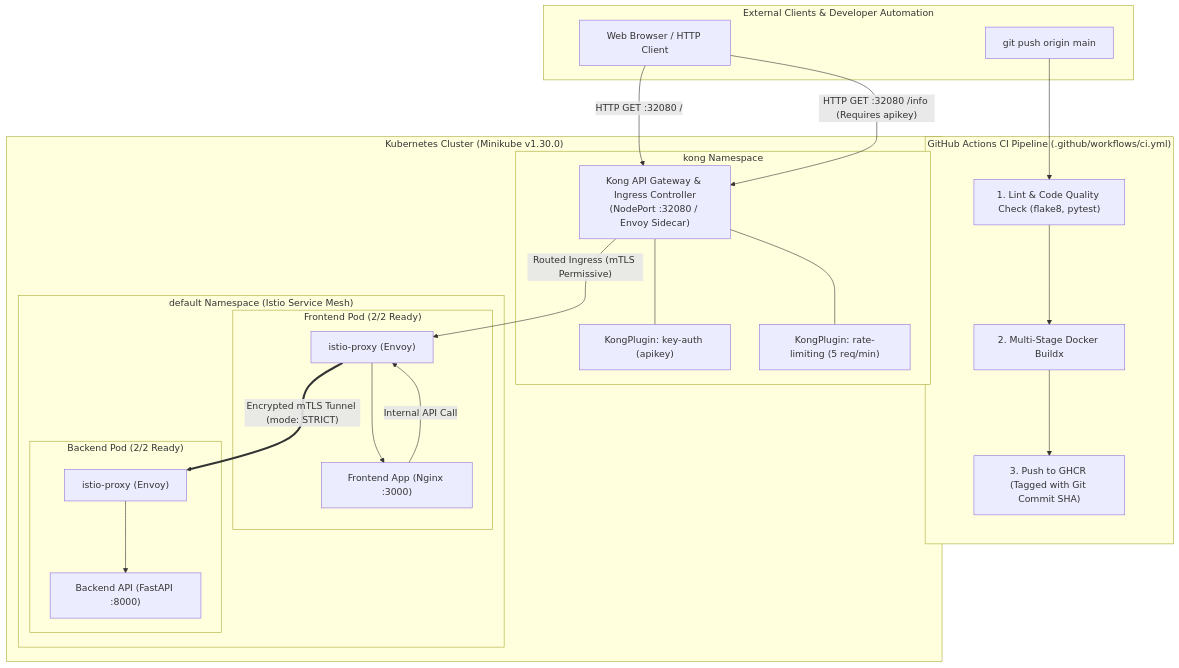
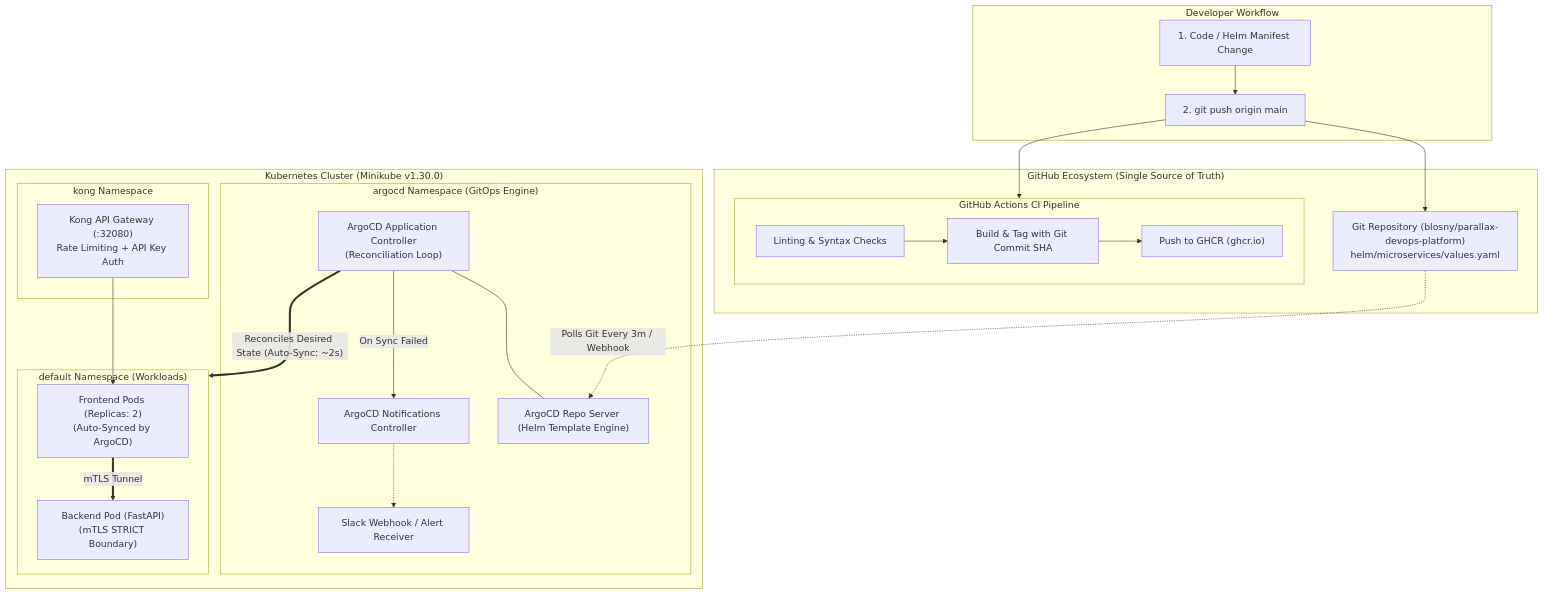
The diagram in README.md (blosny/parallax-devops-platform), drawn with Mermaid before and after one commit. The commit also changed other lines of this file and 3 other files, not shown here.

Commit message:
feat(week-4): implement declarative gitops continuous deployment with argocd and auto-sync

````diff
--- a/README.md
+++ b/README.md
@@ -43,46 +43,47 @@
 ```mermaid
 graph TB
-    subgraph External["External Clients & Developer Automation"]
-        Client["Web Browser / HTTP Client"]
-        GitPush["git push origin main"]
+    subgraph Developer["Developer Workflow"]
+        CodeChange["1. Code / Helm Manifest Change"]
+        GitPush["2. git push origin main"]
+        CodeChange --> GitPush
     end
 
-    subgraph CI["GitHub Actions CI Pipeline (.github/workflows/ci.yml)"]
-        LintTest["1. Lint & Code Quality Check (flake8, pytest)"]
-        DockerBuild["2. Multi-Stage Docker Buildx"]
-        GHCR["3. Push to GHCR (Tagged with Git Commit SHA)"]
-        GitPush --> LintTest --> DockerBuild --> GHCR
+    subgraph GitHub["GitHub Ecosystem (Single Source of Truth)"]
+        Repo["Git Repository (blosny/parallax-devops-platform)<br/>helm/microservices/values.yaml"]
+        subgraph CI["GitHub Actions CI Pipeline"]
+            LintTest["Linting & Syntax Checks"]
+            BuildImg["Build & Tag with Git Commit SHA"]
+            PushGHCR["Push to GHCR (ghcr.io)"]
+            LintTest --> BuildImg --> PushGHCR
+        end
+        GitPush --> Repo
+        GitPush --> CI
     end
 
     subgraph K8s["Kubernetes Cluster (Minikube v1.30.0)"]
-        subgraph KongNS["kong Namespace"]
-            KongProxy["Kong API Gateway & Ingress Controller<br/>(NodePort :32080 / Envoy Sidecar)"]
-            PluginAuth["KongPlugin: key-auth (apikey)"]
-            PluginRate["KongPlugin: rate-limiting (5 req/min)"]
-            KongProxy --- PluginAuth
-            KongProxy --- PluginRate
+        subgraph ArgoCD["argocd Namespace (GitOps Engine)"]
+            AppController["ArgoCD Application Controller<br/>(Reconciliation Loop)"]
+            RepoServer["ArgoCD Repo Server (Helm Template Engine)"]
+            NotifController["ArgoCD Notifications Controller"]
+            SlackAlerts["Slack Webhook / Alert Receiver"]
+
+            AppController --- RepoServer
+            AppController -->|"On Sync Failed"| NotifController
+            NotifController -.-> SlackAlerts
         end
 
-        subgraph DefaultNS["default Namespace (Istio Service Mesh)"]
-            subgraph FEPod["Frontend Pod (2/2 Ready)"]
-                FE_App["Frontend App (Nginx :3000)"]
-                FE_Proxy["istio-proxy (Envoy)"]
-            end
+        subgraph DefaultNS["default Namespace (Workloads)"]
+            FrontendPods["Frontend Pods (Replicas: 2)<br/>(Auto-Synced by ArgoCD)"]
+            BackendPods["Backend Pod (FastAPI)<br/>(mTLS STRICT Boundary)"]
+        end
 
-            subgraph BEPod["Backend Pod (2/2 Ready)"]
-                BE_App["Backend API (FastAPI :8000)"]
-                BE_Proxy["istio-proxy (Envoy)"]
-            end
+        subgraph KongNS["kong Namespace"]
+            KongProxy["Kong API Gateway (:32080)<br/>Rate Limiting + API Key Auth"]
         end
     end
 
-    Client -->|"HTTP GET :32080 /"| KongProxy
-    Client -->|"HTTP GET :32080 /info (Requires apikey)"| KongProxy
-
-    KongProxy -->|"Routed Ingress (mTLS Permissive)"| FE_Proxy
-    FE_Proxy --> FE_App
-
-    FE_App -->|"Internal API Call"| FE_Proxy
-    FE_Proxy ==>|"Encrypted mTLS Tunnel (mode: STRICT)"| BE_Proxy
-    BE_Proxy --> BE_App
+    Repo -.->|"Polls Git Every 3m / Webhook"| RepoServer
+    AppController ==>|"Reconciles Desired State (Auto-Sync: ~2s)"| DefaultNS
+    KongProxy --> FrontendPods
+    FrontendPods ==>|"mTLS Tunnel"| BackendPods
 ```
````
